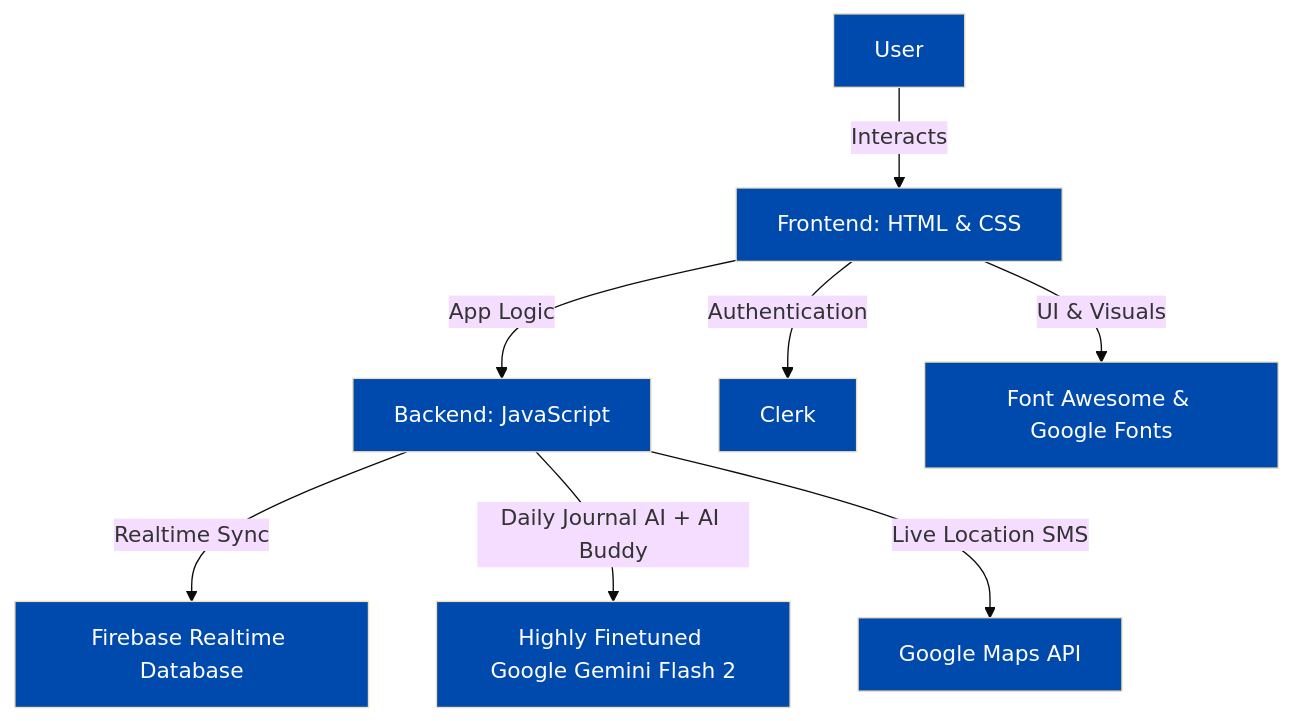
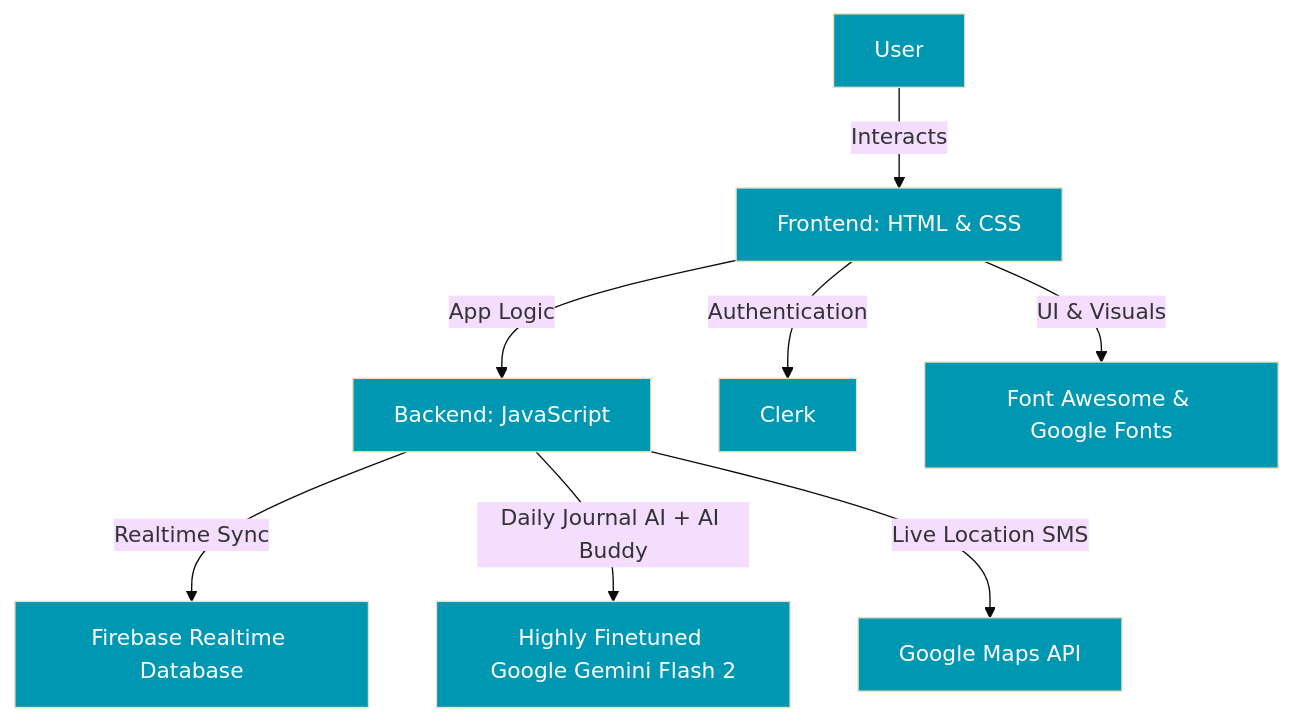
Before and after one commit to Leter-Tech/Relax.me: the diagram in README.md, drawn with Mermaid (base theme).

````diff
--- a/README.md
+++ b/README.md
@@ -140,19 +140,19 @@
 ```mermaid
 graph TD
     A[User] -->|Interacts| B[Frontend: HTML & CSS]
     B -->|App Logic| C[Backend: JavaScript]
     C -->|Realtime Sync| D[Firebase Realtime Database]
     C -->|Daily Journal AI + AI Buddy| E[Highly Finetuned Google Gemini Flash 2]
     C -->|Live Location SMS| F[Google Maps API]
     B -->|Authentication| G[Clerk]
     B -->|UI & Visuals| H[Font Awesome & Google Fonts]
 
-    style A fill:#004aad,color:white
-    style B fill:#004aad,color:white
-    style C fill:#004aad,color:white
-    style D fill:#004aad,color:white
-    style E fill:#004aad,color:white
-    style F fill:#004aad,color:white
-    style G fill:#004aad,color:white
-    style H fill:#004aad,color:white
+    style A fill:#0097b2,color:white
+    style B fill:#0097b2,color:white
+    style C fill:#0097b2,color:white
+    style D fill:#0097b2,color:white
+    style E fill:#0097b2,color:white
+    style F fill:#0097b2,color:white
+    style G fill:#0097b2,color:white
+    style H fill:#0097b2,color:white
 ```
````
